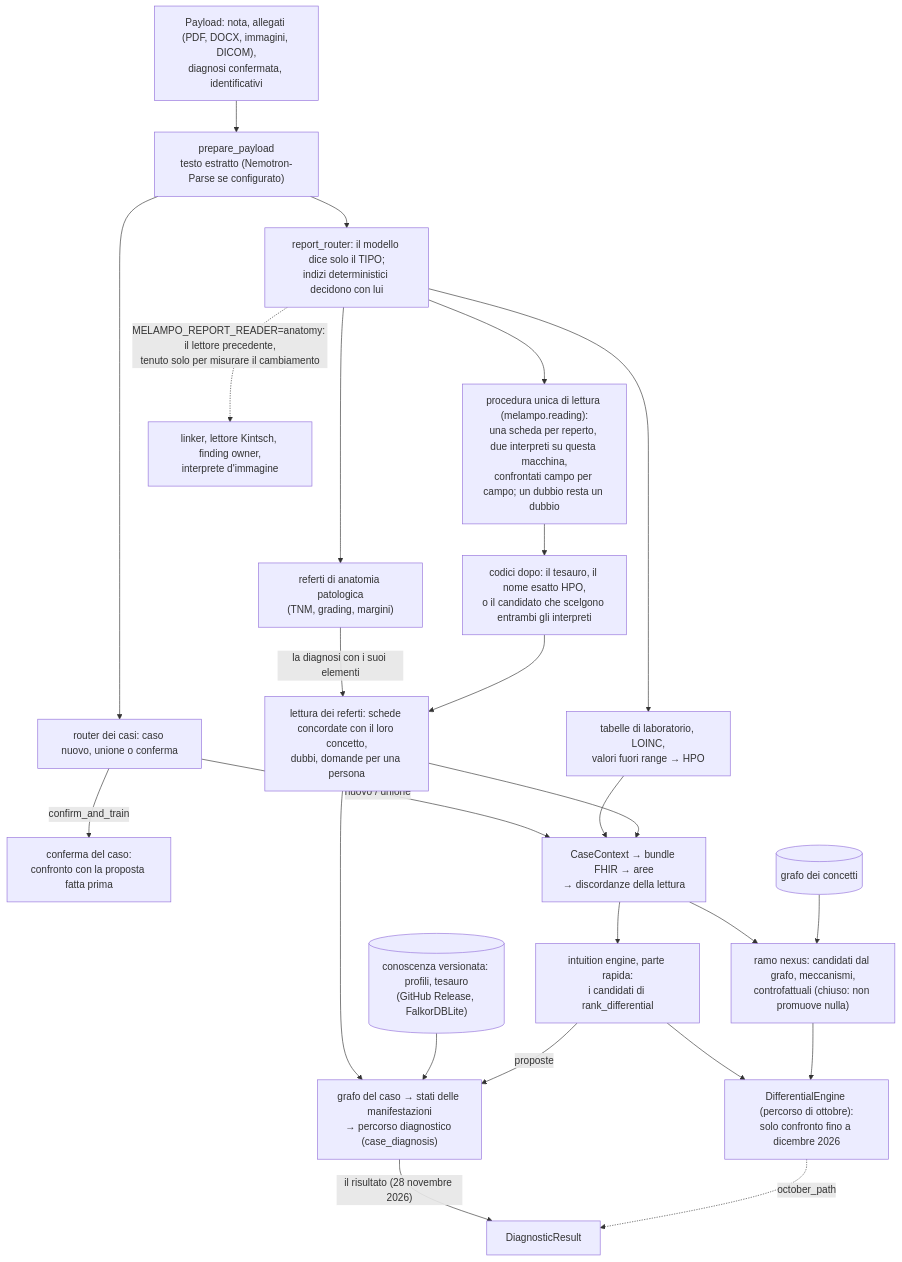
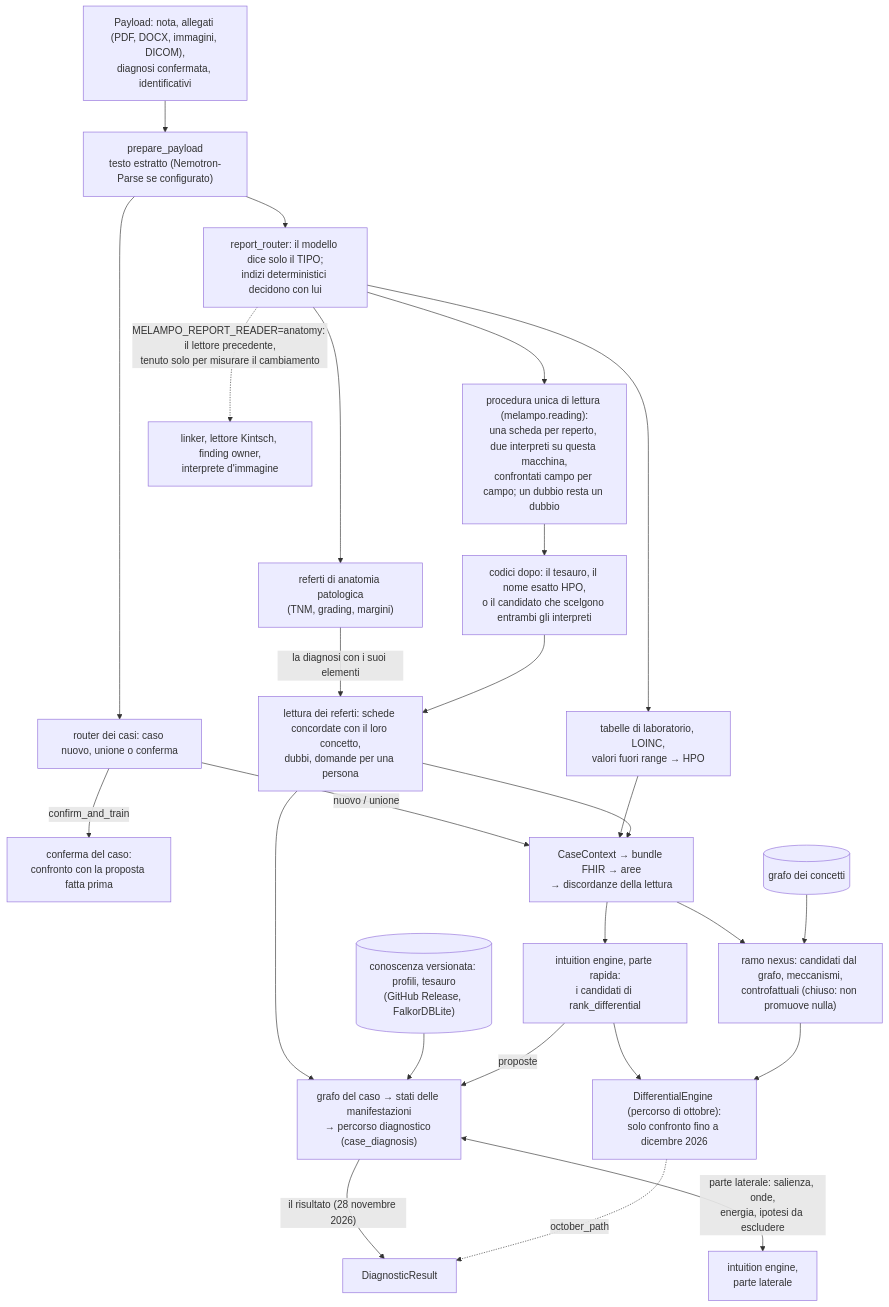
The second of 2 diagrams in docs/it/ARCHITECTURE.md (francescoluciolattari/Melampo-AI), drawn with Mermaid before and after one commit. The commit also changed other lines of this file and 12 other files, not shown here.

First line of the commit message:
The intuition engine, lateral part: salience, waves, energy over the whole case, hypotheses to exclude

````diff
--- a/docs/it/ARCHITECTURE.md
+++ b/docs/it/ARCHITECTURE.md
@@ -32,27 +32,28 @@
 ```mermaid
 flowchart TD
   payload["Payload: nota, allegati (PDF, DOCX, immagini, DICOM),<br/>diagnosi confermata, identificativi"] --> prep["prepare_payload<br/>testo estratto (Nemotron-Parse se configurato)"]
   prep --> router["report_router: il modello dice solo il TIPO;<br/>indizi deterministici decidono con lui"]
   router --> lab["tabelle di laboratorio, LOINC,<br/>valori fuori range → HPO"]
   router --> path["referti di anatomia patologica<br/>(TNM, grading, margini)"]
   path -->|"la diagnosi con i suoi elementi"| rr
   router --> one["procedura unica di lettura (melampo.reading):<br/>una scheda per reperto, due interpreti su questa macchina,<br/>confrontati campo per campo; un dubbio resta un dubbio"]
   one --> codes["codici dopo: il tesauro, il nome esatto HPO,<br/>o il candidato che scelgono entrambi gli interpreti"]
   codes --> rr["lettura dei referti: schede concordate con il loro concetto,<br/>dubbi, domande per una persona"]
   rr --> cg["grafo del caso → stati delle manifestazioni<br/>→ percorso diagnostico (case_diagnosis)"]
   know[("conoscenza versionata: profili, tesauro<br/>(GitHub Release, FalkorDBLite)")] --> cg
   router -.->|"MELAMPO_REPORT_READER=anatomy: il lettore precedente,<br/>tenuto solo per misurare il cambiamento"| narr["linker, lettore Kintsch, finding owner,<br/>interprete d'immagine"]
   prep --> d1["router dei casi: caso nuovo, unione o conferma"]
   d1 -->|confirm_and_train| conf["conferma del caso:<br/>confronto con la proposta fatta prima"]
   d1 -->|nuovo / unione| ingest["CaseContext → bundle FHIR → aree<br/>→ discordanze della lettura"]
   lab --> ingest
   rr --> ingest
   ingest --> rapid["intuition engine, parte rapida:<br/>i candidati di rank_differential"]
   rapid --> diff
   rapid -->|proposte| cg
+  cg <-->|"parte laterale: salienza, onde,<br/>energia, ipotesi da escludere"| lateral["intuition engine,<br/>parte laterale"]
   ingest --> nexus["ramo nexus: candidati dal grafo, meccanismi,<br/>controfattuali (chiuso: non promuove nulla)"]
   nexus --> diff["DifferentialEngine (percorso di ottobre):<br/>solo confronto fino a dicembre 2026"]
   cg -->|"il risultato (28 novembre 2026)"| res["DiagnosticResult"]
   diff -.->|october_path| res
   graphnode[("grafo dei concetti")] --> nexus
 ```
````
